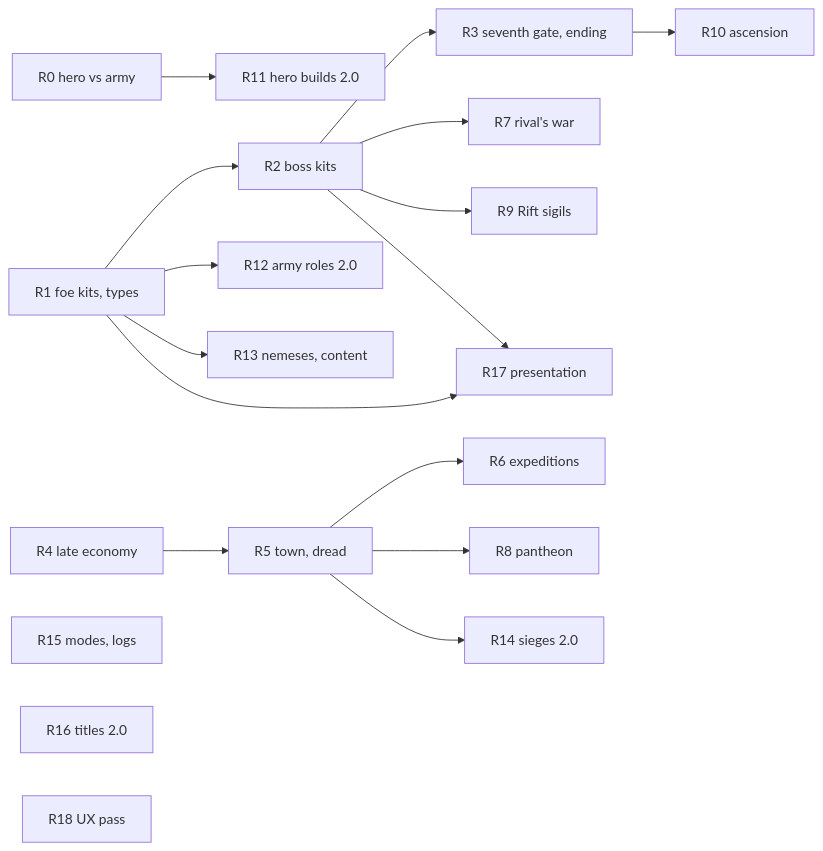
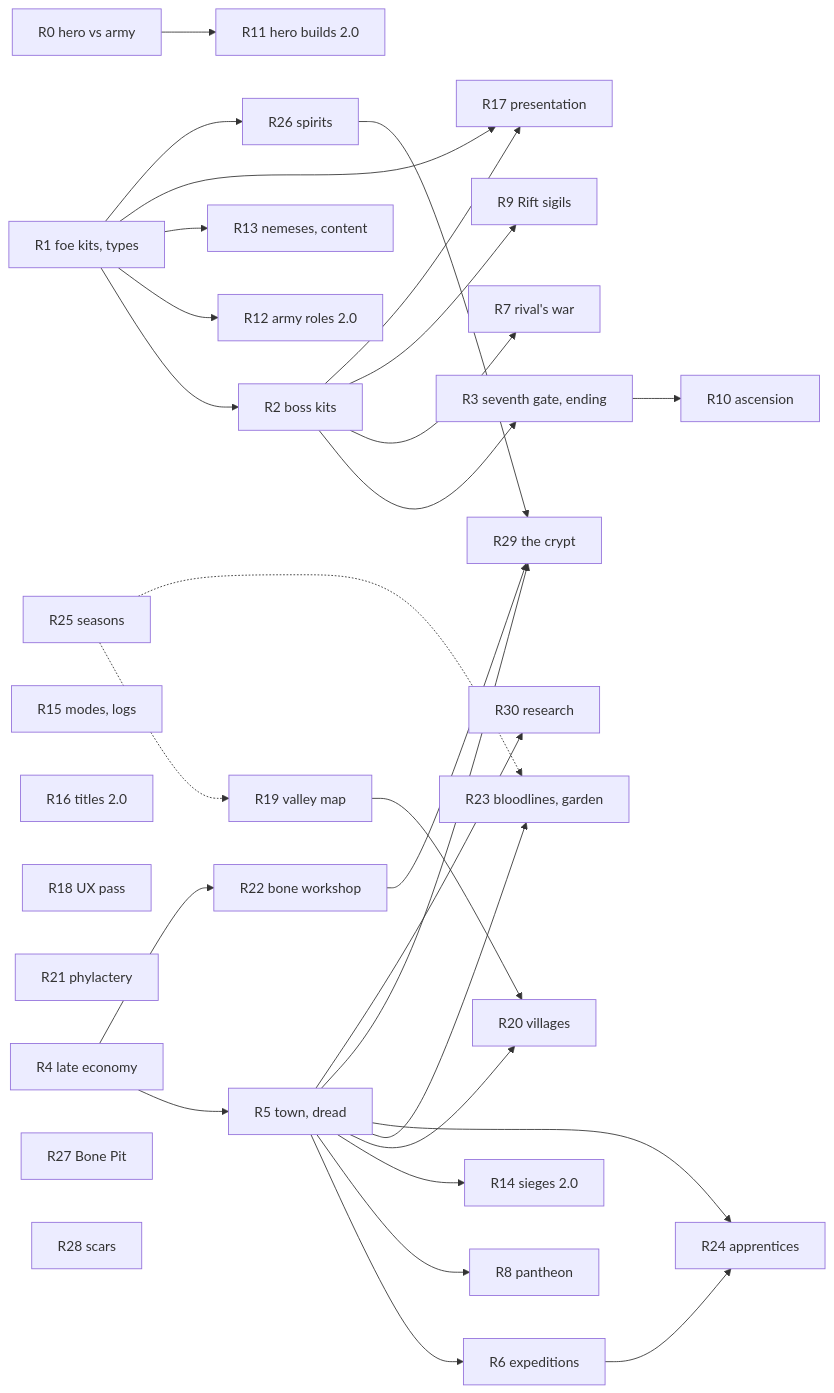
Before and after one commit to mehmetzi28/ledger-of-the-dead: the diagram in docs/design/05-roadmap.md, drawn with Mermaid. The commit also changed other lines of this file and 33 other files, not shown here.

````diff
--- a/docs/design/05-roadmap.md
+++ b/docs/design/05-roadmap.md
@@ -57,21 +71,37 @@
 ```mermaid
 graph LR
   R0[R0 hero vs army] --> R11
   R1[R1 foe kits, types] --> R2[R2 boss kits]
   R1 --> R12[R12 army roles 2.0]
   R1 --> R13[R13 nemeses, content]
   R2 --> R3[R3 seventh gate, ending]
   R2 --> R7[R7 rival's war]
   R2 --> R9[R9 Rift sigils]
   R2 --> R17[R17 presentation]
   R1 --> R17
   R4[R4 late economy] --> R5[R5 town, dread]
   R5 --> R6[R6 expeditions]
   R5 --> R8[R8 pantheon]
   R5 --> R14[R14 sieges 2.0]
   R3 --> R10[R10 ascension]
   R11[R11 hero builds 2.0]
   R15[R15 modes, logs]
   R16[R16 titles 2.0]
   R18[R18 UX pass]
+  R5 --> R20[R20 villages]
+  R19[R19 valley map] --> R20
+  R5 --> R23[R23 bloodlines, garden]
+  R5 --> R24[R24 apprentices]
+  R5 --> R29[R29 the crypt]
+  R5 --> R30[R30 research]
+  R1 --> R26[R26 spirits]
+  R4 --> R22[R22 bone workshop]
+  R22 --> R29
+  R26 --> R29
+  R6 --> R24
+  R21[R21 phylactery]
+  R25[R25 seasons] -.-> R19
+  R25 -.-> R23
+  R27[R27 Bone Pit]
+  R28[R28 scars]
 ```
````
